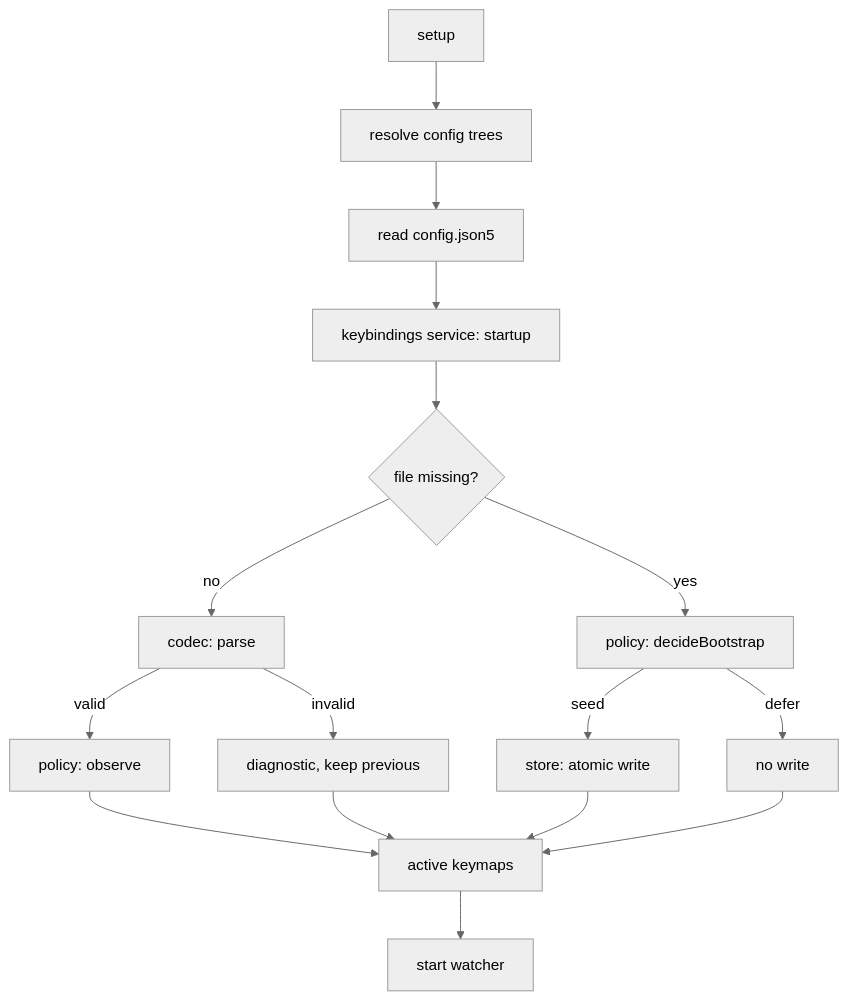
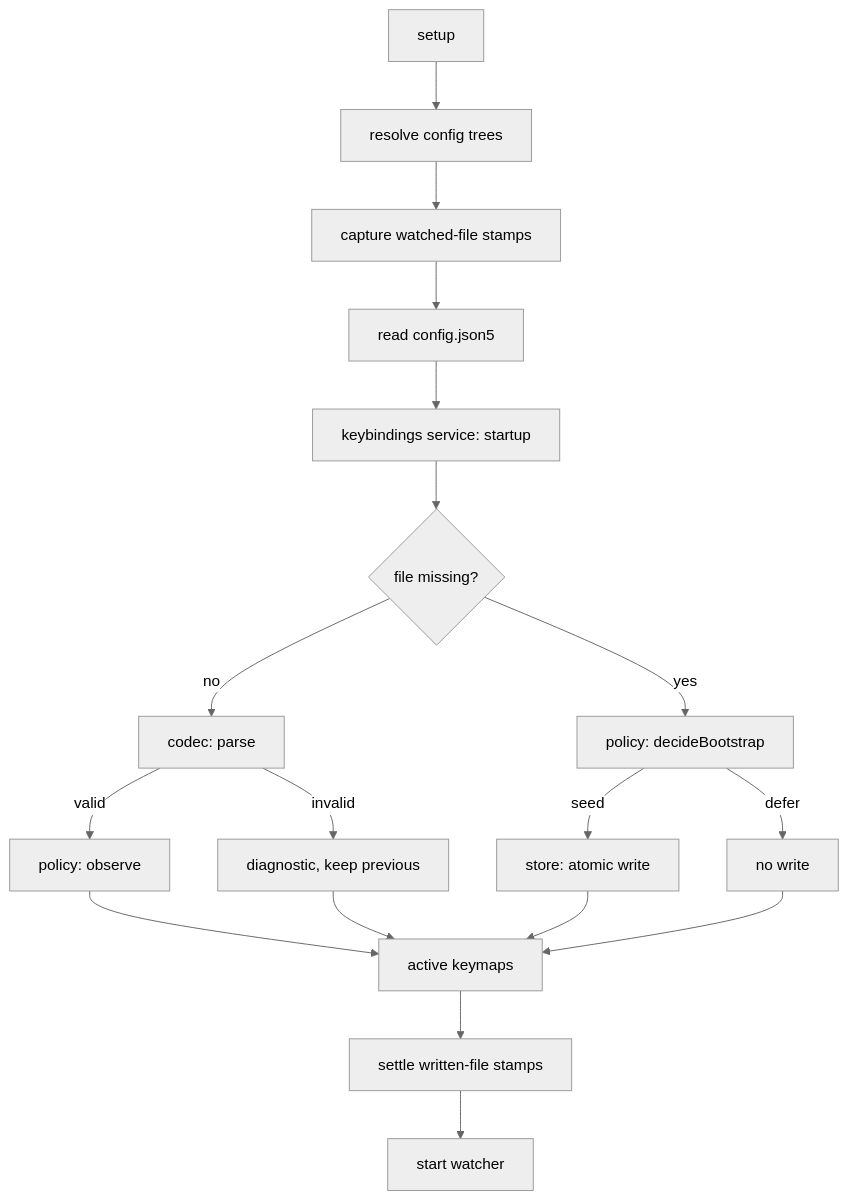
One commit to leynos/velocetty changed the first of 2 diagrams in docs/configuration-architecture.md. Above: the diagram before and after it, drawn with Mermaid (neutral theme). The commit also changed other lines of this file and 1 other file, not shown here.

````diff
--- a/docs/configuration-architecture.md
+++ b/docs/configuration-architecture.md
@@ -159,18 +238,20 @@
 ```mermaid
 flowchart TD
   A[setup] --> B[resolve config trees]
-  B --> C[read config.json5]
+  B --> P[capture watched-file stamps]
+  P --> C[read config.json5]
   C --> D[keybindings service: startup]
   D --> E{file missing?}
   E -- yes --> F[policy: decideBootstrap]
   F -- seed --> G[store: atomic write]
   F -- defer --> H[no write]
   E -- no --> I[codec: parse]
   I -- valid --> J[policy: observe]
   I -- invalid --> K[diagnostic, keep previous]
   J --> L[active keymaps]
   K --> L
   G --> L
   H --> L
-  L --> M[start watcher]
+  L --> S[settle written-file stamps]
+  S --> M[start watcher]
 ```
````
